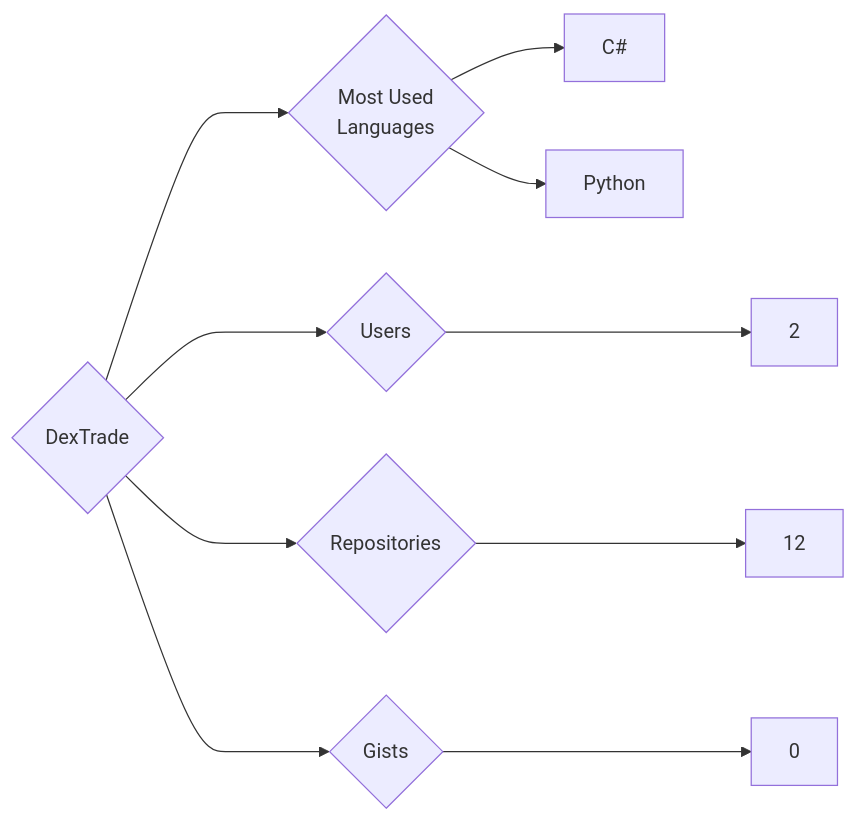
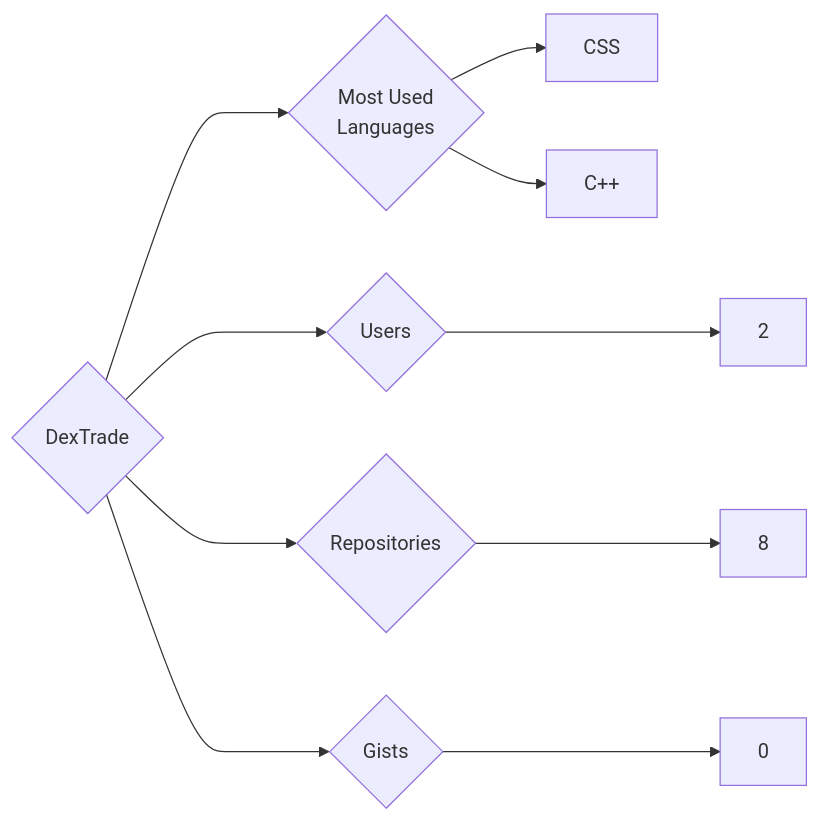
One commit to trickest/insiders changed the diagram in targets/DexTrade/README.md. Above: the diagram before and after it, drawn with Mermaid. The commit also changed 1089 other files, not shown here.

````diff
--- a/targets/DexTrade/README.md
+++ b/targets/DexTrade/README.md
@@ -3,10 +3,10 @@
 ```mermaid
 graph LR
 COMPANY_NAME{DexTrade}
 COMPANY_NAME ---> U{Users} ---> UN[2]
-COMPANY_NAME ---> R{Repositories} ---> RN[12]
+COMPANY_NAME ---> R{Repositories} ---> RN[8]
 COMPANY_NAME ---> G{Gists} ---> GN[0]
 COMPANY_NAME ---> ML{Most Used<br>Languages}
-ML --> C#[C#]
-ML --> Python[Python]
+ML --> CSS[CSS]
+ML --> C++[C++]
 ```
````
